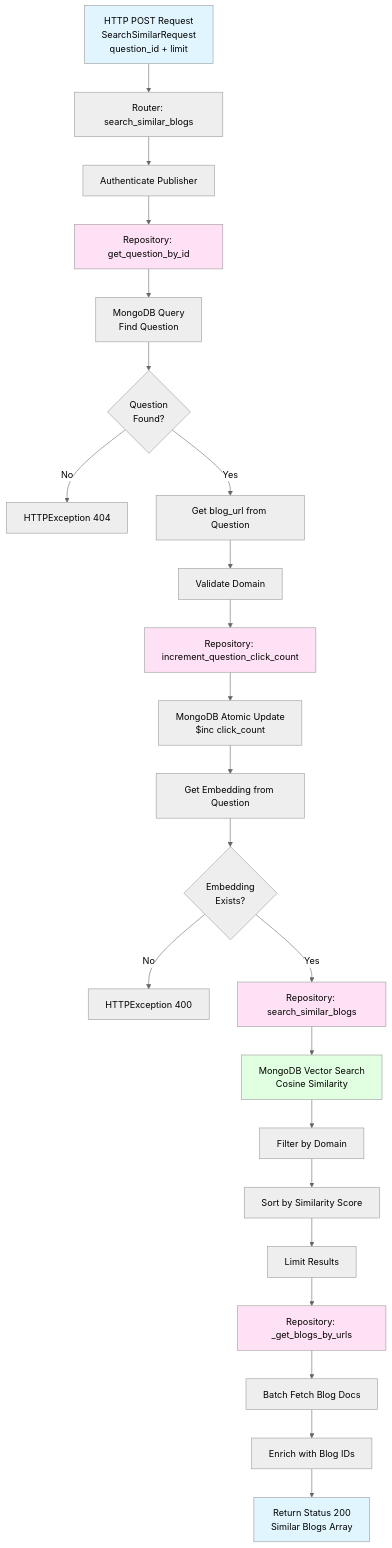
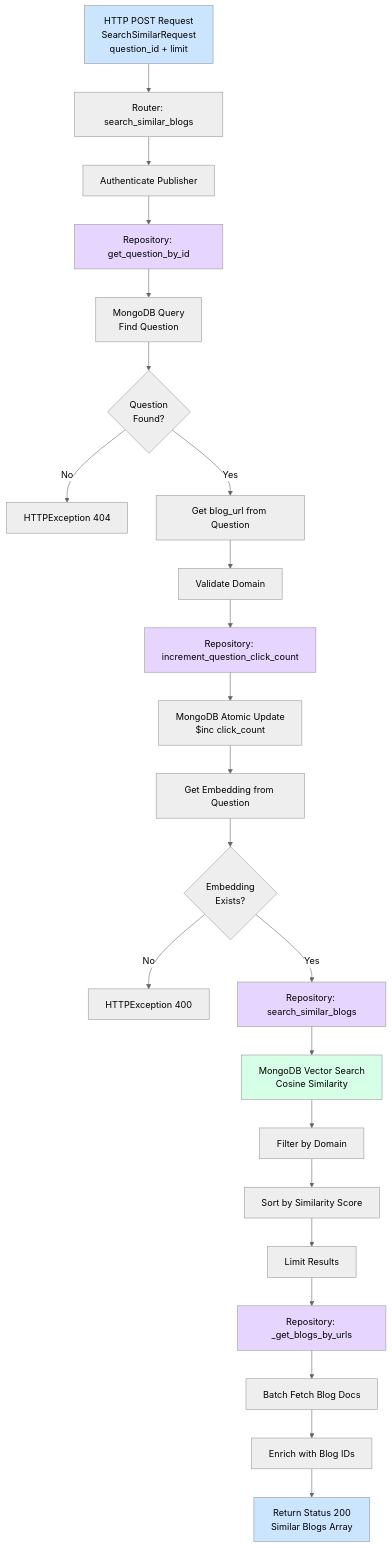
The ninth of 12 diagrams in SelfLearning/fyi_widget_api/ENDPOINT_FLOWS_VISUAL.md (amitspk/project-x), drawn with Mermaid (neutral theme) before and after one commit. The commit also changed other lines of this file, not shown here.

Commit message:
updated flow diagram

````diff
--- a/SelfLearning/fyi_widget_api/ENDPOINT_FLOWS_VISUAL.md
+++ b/SelfLearning/fyi_widget_api/ENDPOINT_FLOWS_VISUAL.md
@@ -269,33 +269,33 @@
 ```mermaid
 graph TD
     A[HTTP POST Request<br/>SearchSimilarRequest<br/>question_id + limit] --> B[Router: search_similar_blogs]
     B --> C[Authenticate Publisher]
     C --> D[Repository: get_question_by_id]
     D --> E[MongoDB Query<br/>Find Question]
     E --> F{Question<br/>Found?}
     F -->|No| G[HTTPException 404]
     F -->|Yes| H[Get blog_url from Question]
     H --> I[Validate Domain]
     I --> J[Repository: increment_question_click_count]
     J --> K[MongoDB Atomic Update<br/>$inc click_count]
     K --> L[Get Embedding from Question]
     L --> M{Embedding<br/>Exists?}
     M -->|No| N[HTTPException 400]
     M -->|Yes| O[Repository: search_similar_blogs]
     O --> P[MongoDB Vector Search<br/>Cosine Similarity]
     P --> Q[Filter by Domain]
     Q --> R[Sort by Similarity Score]
     R --> S[Limit Results]
     S --> T[Repository: _get_blogs_by_urls]
     T --> U[Batch Fetch Blog Docs]
     U --> V[Enrich with Blog IDs]
     V --> W[Return Status 200<br/>Similar Blogs Array]
     
-    style A fill:#e1f5ff
-    style D fill:#ffe1f5
-    style J fill:#ffe1f5
-    style O fill:#ffe1f5
-    style T fill:#ffe1f5
-    style P fill:#e1ffe1
-    style W fill:#e1f5ff
+    style A fill:#cce5ff
+    style D fill:#e6d5ff
+    style J fill:#e6d5ff
+    style O fill:#e6d5ff
+    style T fill:#e6d5ff
+    style P fill:#d5ffe6
+    style W fill:#cce5ff
 ```
````
